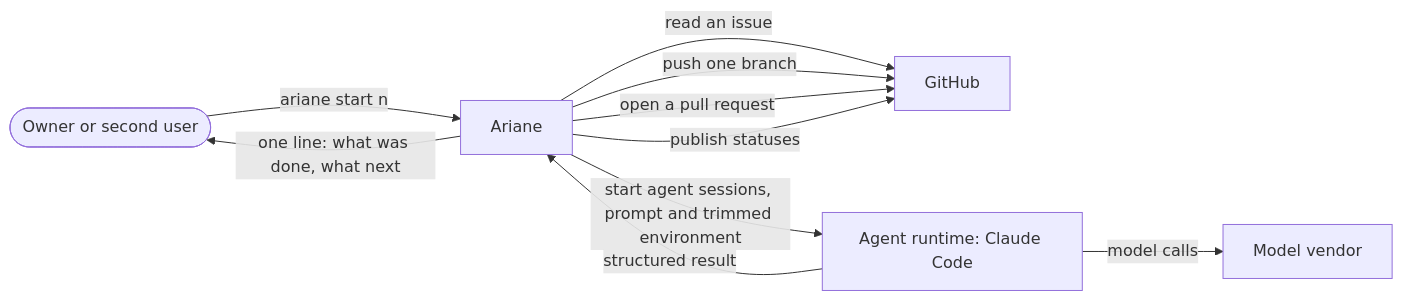
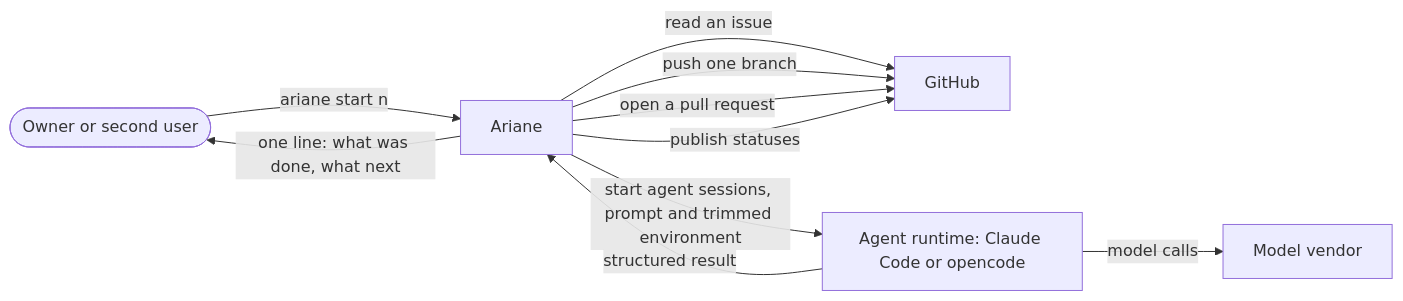
Before and after one commit to plaplanche/ariane: the diagram in docs/architecture/1-context.md, drawn with Mermaid. The commit also changed 28 other files, not shown here.

````diff
--- a/docs/architecture/1-context.md
+++ b/docs/architecture/1-context.md
@@ -5,17 +5,17 @@
 ```mermaid
 flowchart LR
   user([Owner or second user])
   ariane[Ariane]
   github[GitHub]
-  runtime[Agent runtime: Claude Code]
+  runtime[Agent runtime: Claude Code or opencode]
   vendor[Model vendor]
   user -->|ariane start n| ariane
   ariane -->|one line: what was done, what next| user
   ariane -->|read an issue| github
   ariane -->|push one branch| github
   ariane -->|open a pull request| github
   ariane -->|publish statuses| github
   ariane -->|start agent sessions, prompt and trimmed environment| runtime
   runtime -->|structured result| ariane
   runtime -->|model calls| vendor
 ```
````
